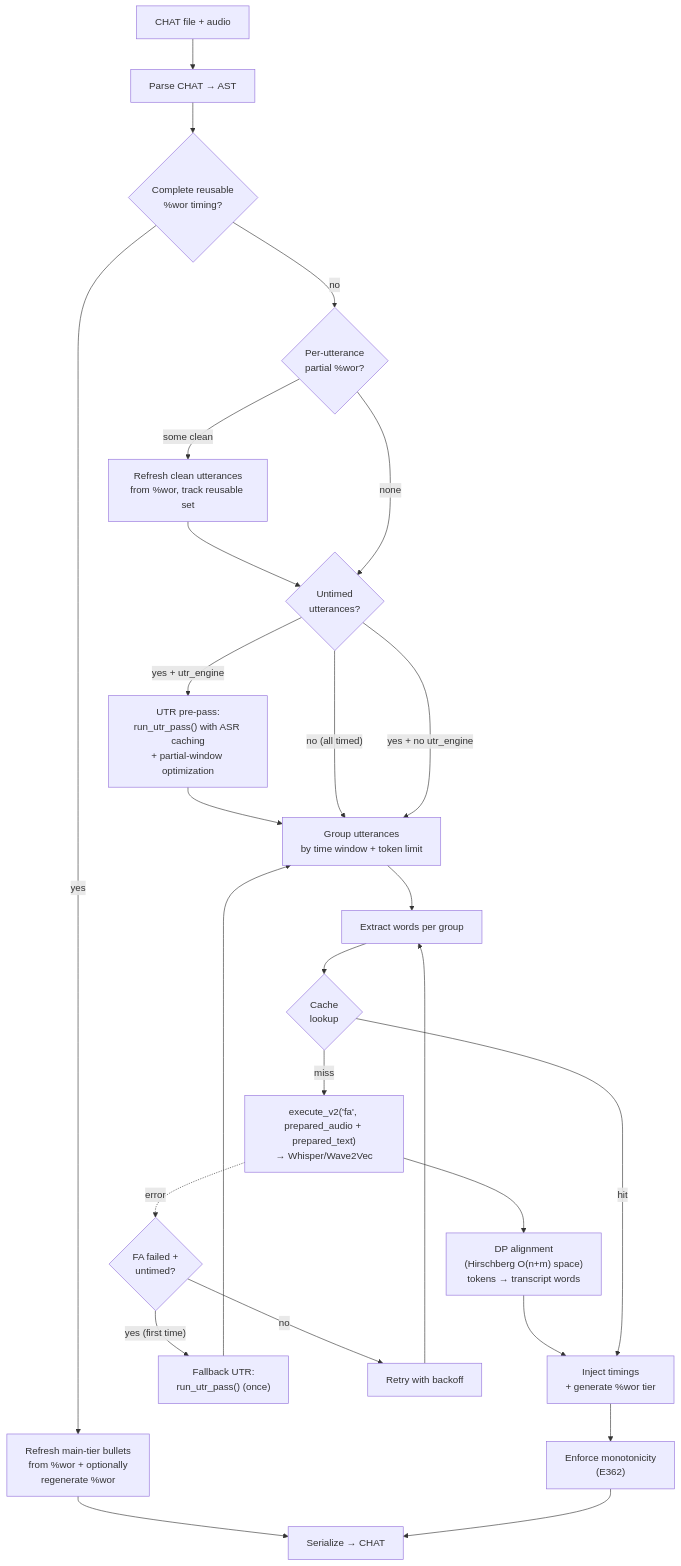
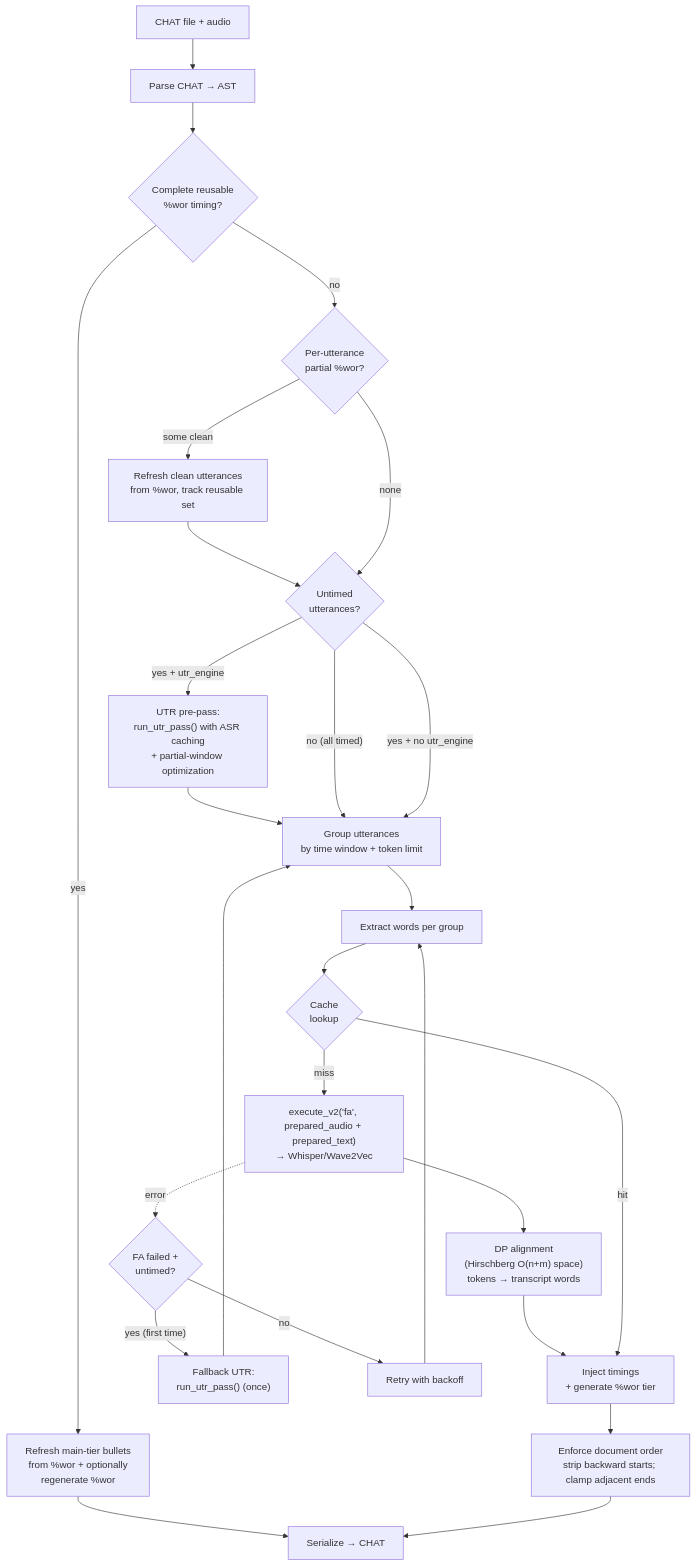
One commit to TalkBank/talkbank-tools changed the first of 13 diagrams in book/src/batchalign/reference/forced-alignment.md. Above: the diagram before and after it, drawn with Mermaid. The commit also changed other lines of this file and 84 other files, not shown here.

````diff
--- a/book/src/batchalign/reference/forced-alignment.md
+++ b/book/src/batchalign/reference/forced-alignment.md
@@ -11,39 +11,39 @@
 ```mermaid
 flowchart TD
     chat["CHAT file + audio"]
     parse["Parse CHAT → AST"]
     reuse{"Complete reusable\n%wor timing?"}
     refresh["Refresh main-tier bullets\nfrom %wor + optionally\nregenerate %wor"]
     partial{"Per-utterance\npartial %wor?"}
     partial_refresh["Refresh clean utterances\nfrom %wor, track reusable set"]
     count{"Untimed\nutterances?"}
     utr["UTR pre-pass:\nrun_utr_pass() with ASR caching\n+ partial-window optimization"]
     group["Group utterances\nby time window + token limit"]
     extract["Extract words per group"]
     cache{"Cache\nlookup"}
     fa["execute_v2('fa', prepared_audio + prepared_text)\n→ Whisper/Wave2Vec"]
     dp["DP alignment\n(Hirschberg O(n+m) space)\ntokens → transcript words"]
     inject["Inject timings\n+ generate %wor tier"]
-    mono["Enforce monotonicity\n(E362)"]
+    mono["Enforce document order\nstrip backward starts; clamp adjacent ends"]
     out["Serialize → CHAT"]
     retry{"FA failed +\nuntimed?"}
     fallback["Fallback UTR:\nrun_utr_pass() (once)"]
 
     chat --> parse --> reuse
     reuse -->|"yes"| refresh --> out
     reuse -->|"no"| partial
     partial -->|"some clean"| partial_refresh --> count
     partial -->|"none"| count
     count -->|"yes + utr_engine"| utr --> group
     count -->|"no (all timed)"| group
     count -->|"yes + no utr_engine"| group
     group --> extract --> cache
     cache -->|miss| fa --> dp --> inject
     cache -->|hit| inject
     inject --> mono --> out
 
     fa -.->|"error"| retry
     retry -->|"yes (first time)"| fallback --> group
     retry -->|"no"| backoff["Retry with backoff"]
     backoff --> extract
 ```
````
